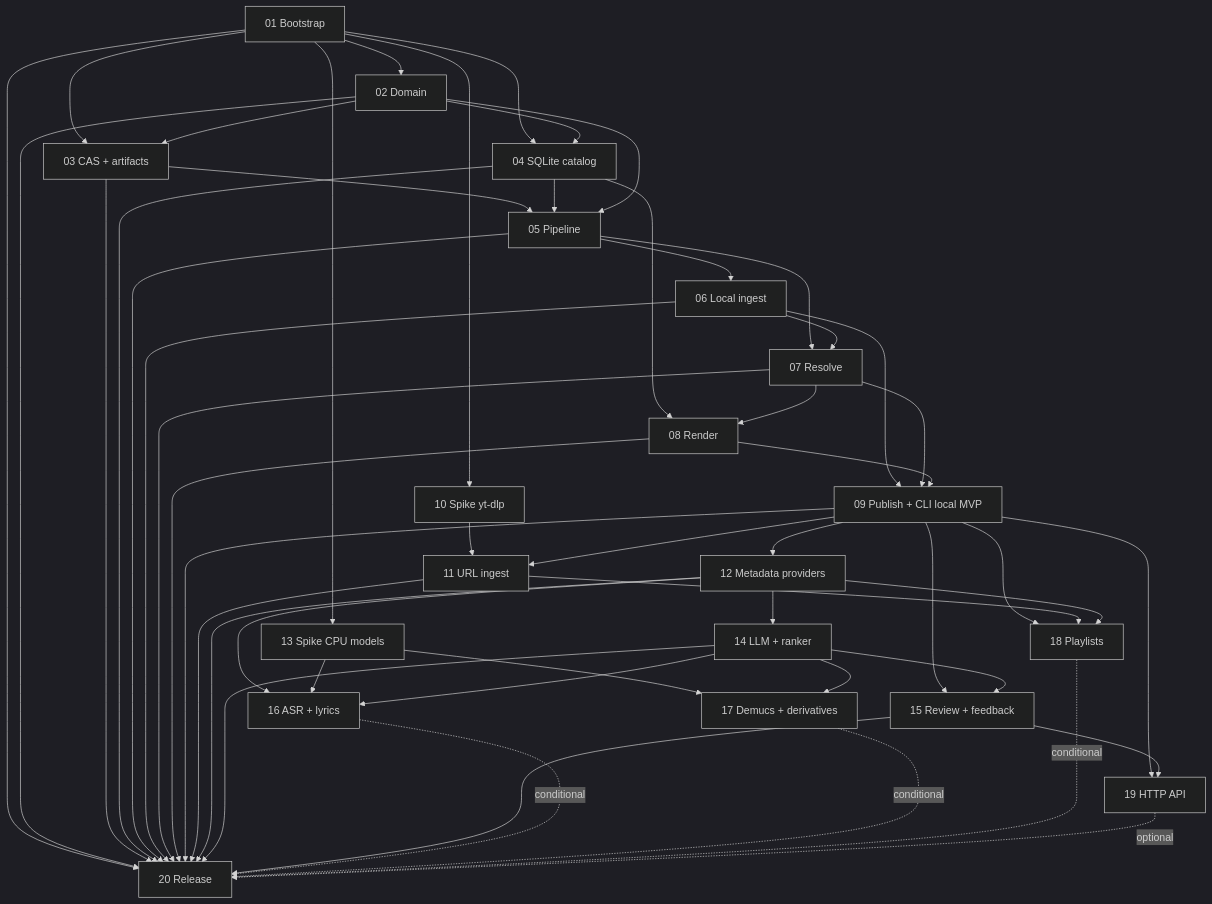
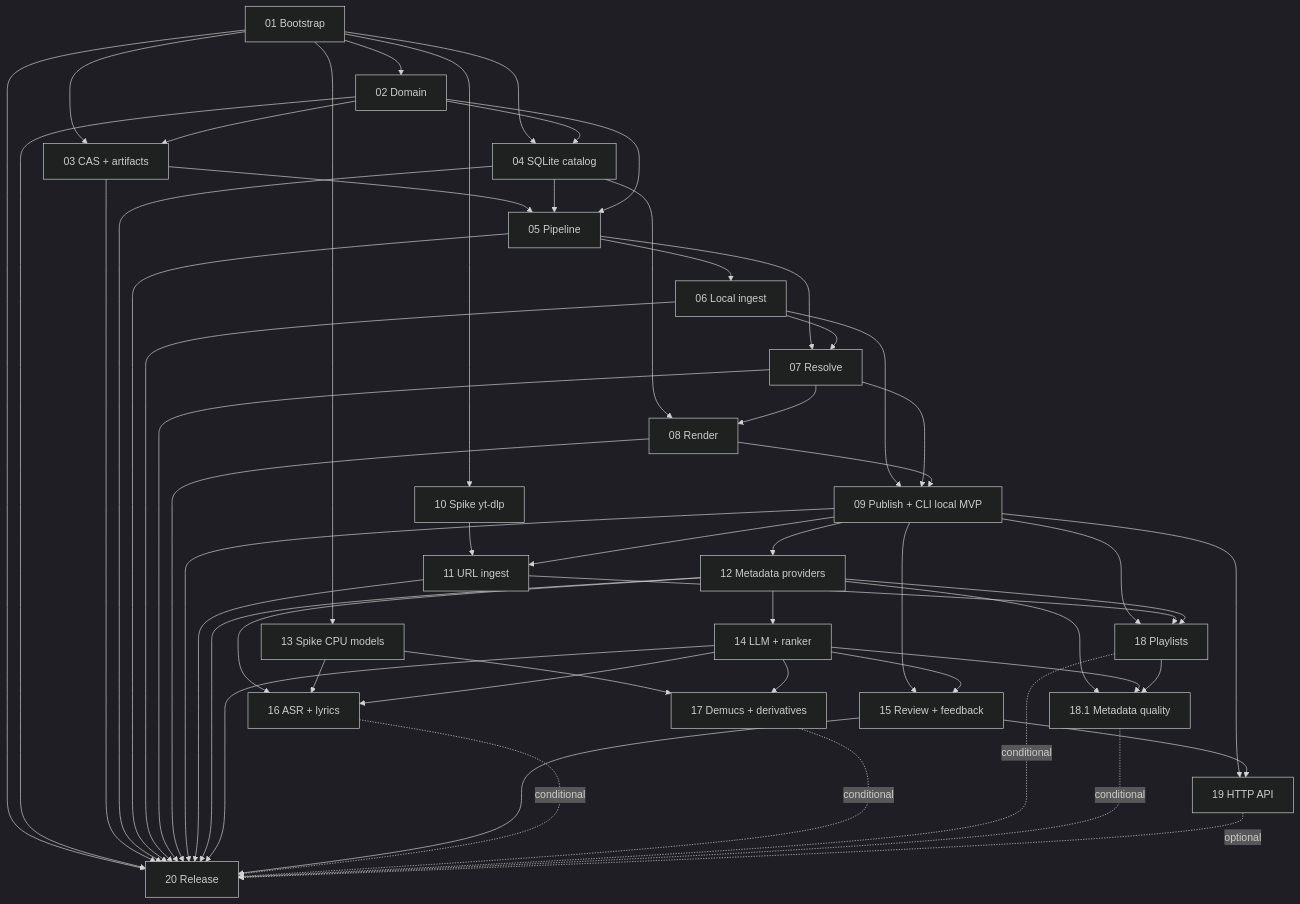
Before and after one commit to GidRadium/trackforge: the diagram in docs/plan/README.md, drawn with Mermaid (dark theme). The commit also changed other lines of this file and 3 other files, not shown here.

Commit message:
docs(plan): add 18.1 metadata quality follow-up

````diff
--- a/docs/plan/README.md
+++ b/docs/plan/README.md
@@ -80,54 +81,58 @@
 ```mermaid
 flowchart TD
     P01[01 Bootstrap] --> P02[02 Domain]
     P01 --> P03[03 CAS + artifacts]
     P01 --> P04[04 SQLite catalog]
     P01 --> P10[10 Spike yt-dlp]
     P01 --> P13[13 Spike CPU models]
     P02 --> P03
     P02 --> P04
     P03 --> P05[05 Pipeline]
     P04 --> P05
     P02 --> P05
     P05 --> P06[06 Local ingest]
     P05 --> P07[07 Resolve]
     P06 --> P07
     P04 --> P08[08 Render]
     P07 --> P08
     P06 --> P09[09 Publish + CLI local MVP]
     P07 --> P09
     P08 --> P09
     P10 --> P11[11 URL ingest]
     P09 --> P11
     P09 --> P12[12 Metadata providers]
     P12 --> P14[14 LLM + ranker]
     P09 --> P15[15 Review + feedback]
     P14 --> P15
     P12 --> P16[16 ASR + lyrics]
     P13 --> P16
     P14 --> P16
     P13 --> P17[17 Demucs + derivatives]
     P14 --> P17
     P09 --> P18[18 Playlists]
     P11 --> P18
     P12 --> P18
+    P12 --> P181[18.1 Metadata quality]
+    P14 --> P181
+    P18 --> P181
     P09 --> P19[19 HTTP API]
     P15 --> P19
     P01 --> P20[20 Release]
     P02 --> P20
     P03 --> P20
     P04 --> P20
     P05 --> P20
     P06 --> P20
     P07 --> P20
     P08 --> P20
     P09 --> P20
     P11 --> P20
     P12 --> P20
     P14 --> P20
     P15 --> P20
     P16 -. conditional .-> P20
     P17 -. conditional .-> P20
     P18 -. conditional .-> P20
+    P181 -. conditional .-> P20
     P19 -. optional .-> P20
 ```
````
